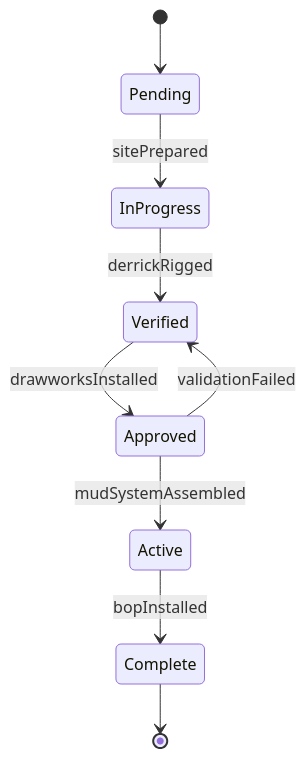
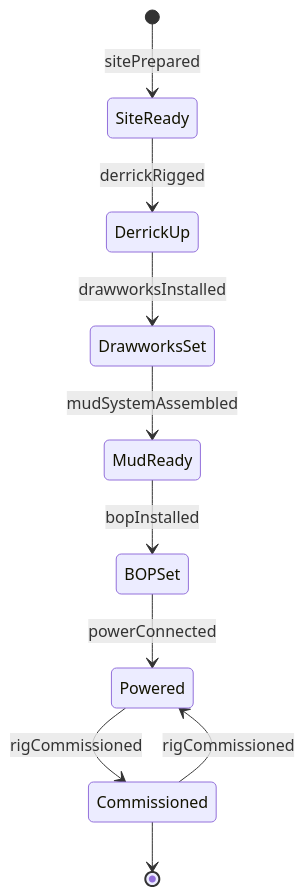
The second of 4 diagrams in HandlingAndMovingObjects/InstallCommercialOrProductionEquipment/InstallDrillingEquipment.mdx (dot-org-ai/tasks.org.ai), drawn with Mermaid before and after one commit. The commit also changed other lines of this file and 515 other files, not shown here.

````diff
--- a/HandlingAndMovingObjects/InstallCommercialOrProductionEquipment/InstallDrillingEquipment.mdx
+++ b/HandlingAndMovingObjects/InstallCommercialOrProductionEquipment/InstallDrillingEquipment.mdx
@@ -100,11 +101,12 @@
 ```mermaid
 stateDiagram-v2
-    [*] --> Pending
-    Pending --> InProgress : sitePrepared
-    InProgress --> Verified : derrickRigged
-    Verified --> Approved : drawworksInstalled
-    Approved --> Active : mudSystemAssembled
-    Active --> Complete : bopInstalled
-    Approved --> Verified : validationFailed
-    Complete --> [*]
+    [*] --> SiteReady : sitePrepared
+    SiteReady --> DerrickUp : derrickRigged
+    DerrickUp --> DrawworksSet : drawworksInstalled
+    DrawworksSet --> MudReady : mudSystemAssembled
+    MudReady --> BOPSet : bopInstalled
+    BOPSet --> Powered : powerConnected
+    Powered --> Commissioned : rigCommissioned
+    Commissioned --> Powered : rigCommissioned
+    Commissioned --> [*]
 ```
````
